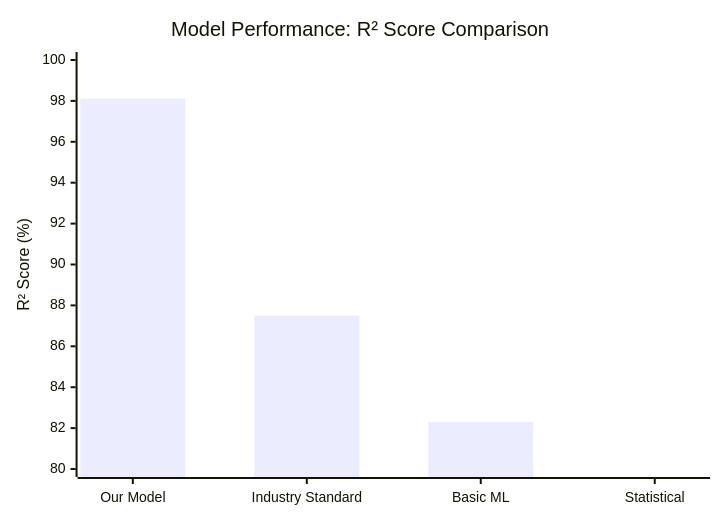
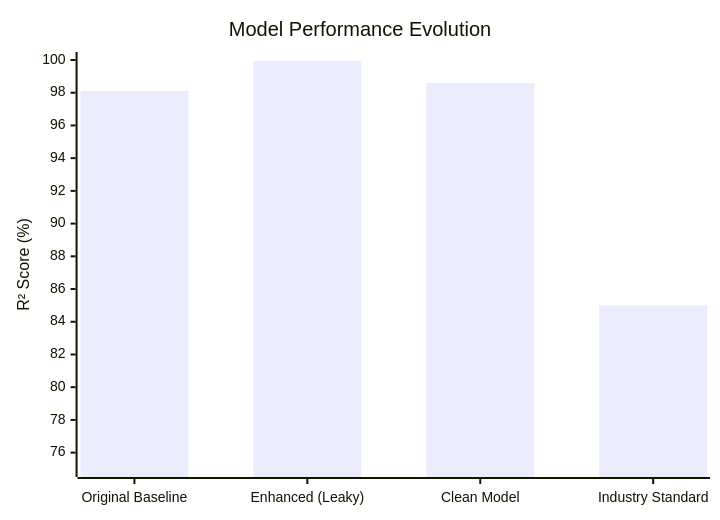
Before and after one commit to GameHelix/centipede: diagram 13 of 13 in README.md, drawn with Mermaid. The commit also changed other lines of this file, not shown here.

````diff
--- a/README.md
+++ b/README.md
@@ -472,7 +430,7 @@
 ```mermaid
 xychart-beta
-    title "Model Performance: R² Score Comparison"
-    x-axis ["Our Model", "Industry Standard", "Basic ML", "Statistical"]
-    y-axis "R² Score (%)" 80 --> 100
-    bar [98.11, 87.5, 82.3, 75.2]
+    title "Model Performance Evolution"
+    x-axis ["Original Baseline", "Enhanced (Leaky)", "Clean Model", "Industry Standard"]
+    y-axis "R² Score (%)" 75 --> 100
+    bar [98.11, 99.95, 98.59, 85.0]
 ```
````
